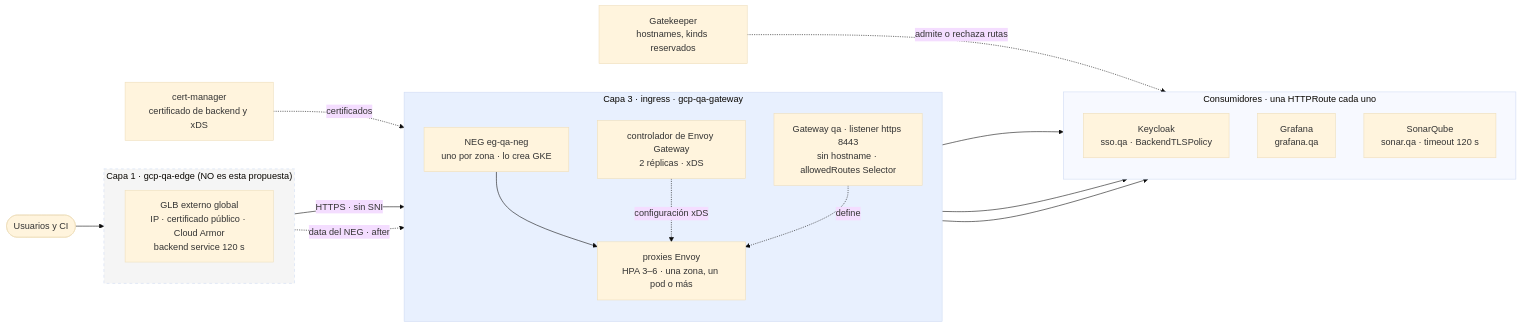
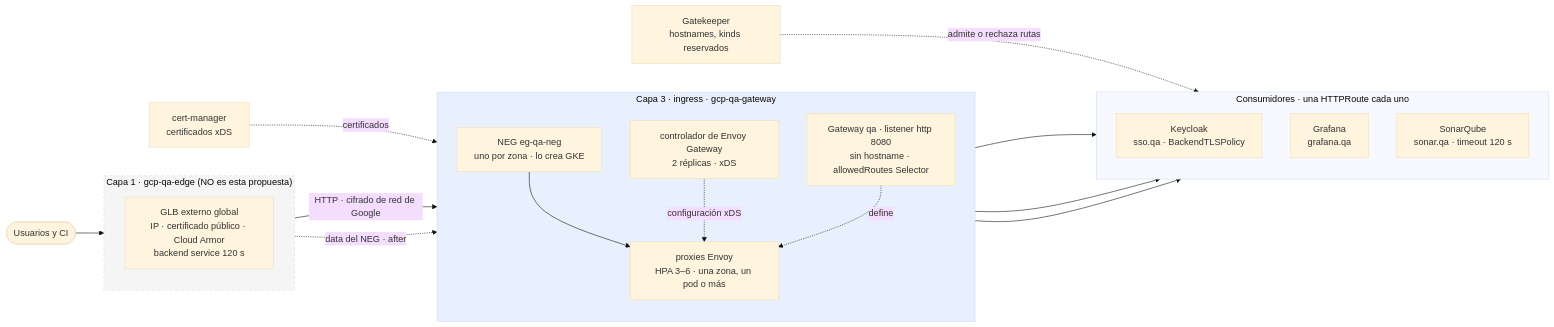
The diagram in docs/es/proposals/envoy-gateway-qa/diagrams/01-contexto.mmd (aescanero/proposal_documents), drawn with Mermaid (base theme) before and after one commit. The commit also changed 53 other files, not shown here.

First line of the commit message:
Edge depends only downward: GLB to Envoy over HTTP (en and es)

```diff
--- a/docs/es/proposals/envoy-gateway-qa/diagrams/01-contexto.mmd
+++ b/docs/es/proposals/envoy-gateway-qa/diagrams/01-contexto.mmd
@@ -1,39 +1,39 @@
 flowchart LR
     U(["Usuarios y CI"])
     subgraph L1["Capa 1 · gcp-qa-edge (NO es esta propuesta)"]
         direction TB
         GLB["GLB externo global<br/>IP · certificado público · Cloud Armor<br/>backend service 120 s"]
     end
 
     subgraph L3["Capa 3 · ingress · gcp-qa-gateway"]
         direction TB
         CTRL["controlador de Envoy Gateway<br/>2 réplicas · xDS"]
         NEG["NEG eg-qa-neg<br/>uno por zona · lo crea GKE"]
         PX["proxies Envoy<br/>HPA 3–6 · una zona, un pod o más"]
-        GW["Gateway qa · listener https 8443<br/>sin hostname · allowedRoutes Selector"]
+        GW["Gateway qa · listener http 8080<br/>sin hostname · allowedRoutes Selector"]
     end
 
     subgraph CONS["Consumidores · una HTTPRoute cada uno"]
         direction TB
         KC["Keycloak<br/>sso.qa · BackendTLSPolicy"]
         GF["Grafana<br/>grafana.qa"]
         SQ["SonarQube<br/>sonar.qa · timeout 120 s"]
     end
 
-    CM["cert-manager<br/>certificado de backend y xDS"]
+    CM["cert-manager<br/>certificados xDS"]
     GK["Gatekeeper<br/>hostnames, kinds reservados"]
 
     U --> GLB
-    GLB -->|"HTTPS · sin SNI"| NEG
+    GLB -->|"HTTP · cifrado de red de Google"| NEG
     NEG --> PX
     CTRL -. "configuración xDS" .-> PX
     GW -. "define" .-> PX
     PX --> KC
     PX --> GF
     PX --> SQ
     CM -. "certificados" .-> PX
     GK -. "admite o rechaza rutas" .-> CONS
     GLB -. "data del NEG · after" .-> NEG
 
     style L1 fill:#f5f5f5,stroke-dasharray: 5 5
     style L3 fill:#e8f0fe
```
